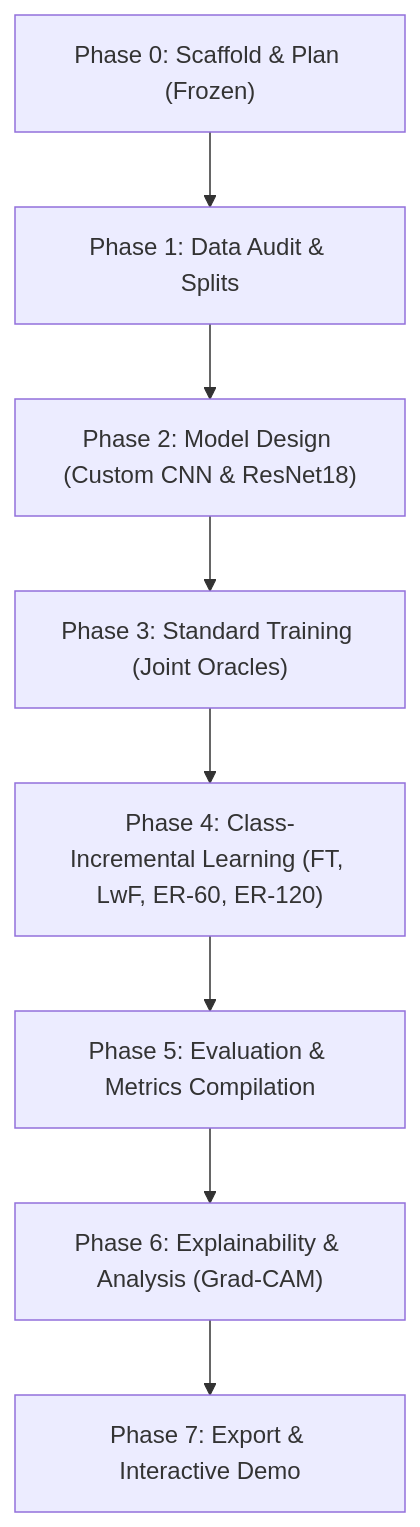
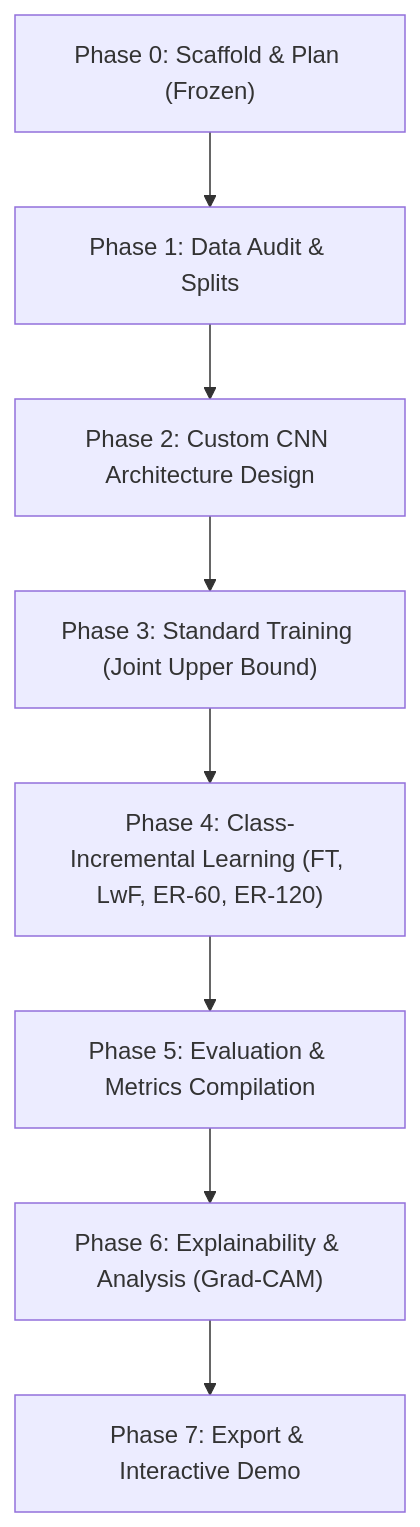
The diagram in docs/PLAN.md (Harsh-3012-Makwana/brain-tumor-lwf), drawn with Mermaid before and after one commit. The commit also changed other lines of this file and 12 other files, not shown here.

Commit message:
Scope change: custom CNN only, methods finetune/lwf/replay(60,120)/joint

````diff
--- a/docs/PLAN.md
+++ b/docs/PLAN.md
@@ -146,10 +143,10 @@
 ```mermaid
 flowchart TD
     P0["Phase 0: Scaffold & Plan (Frozen)"] --> P1["Phase 1: Data Audit & Splits"]
-    P1 --> P2["Phase 2: Model Design (Custom CNN & ResNet18)"]
-    P2 --> P3["Phase 3: Standard Training (Joint Oracles)"]
+    P1 --> P2["Phase 2: Custom CNN Architecture Design"]
+    P2 --> P3["Phase 3: Standard Training (Joint Upper Bound)"]
     P3 --> P4["Phase 4: Class-Incremental Learning (FT, LwF, ER-60, ER-120)"]
     P4 --> P5["Phase 5: Evaluation & Metrics Compilation"]
     P5 --> P6["Phase 6: Explainability & Analysis (Grad-CAM)"]
     P6 --> P7["Phase 7: Export & Interactive Demo"]
 ```
````
